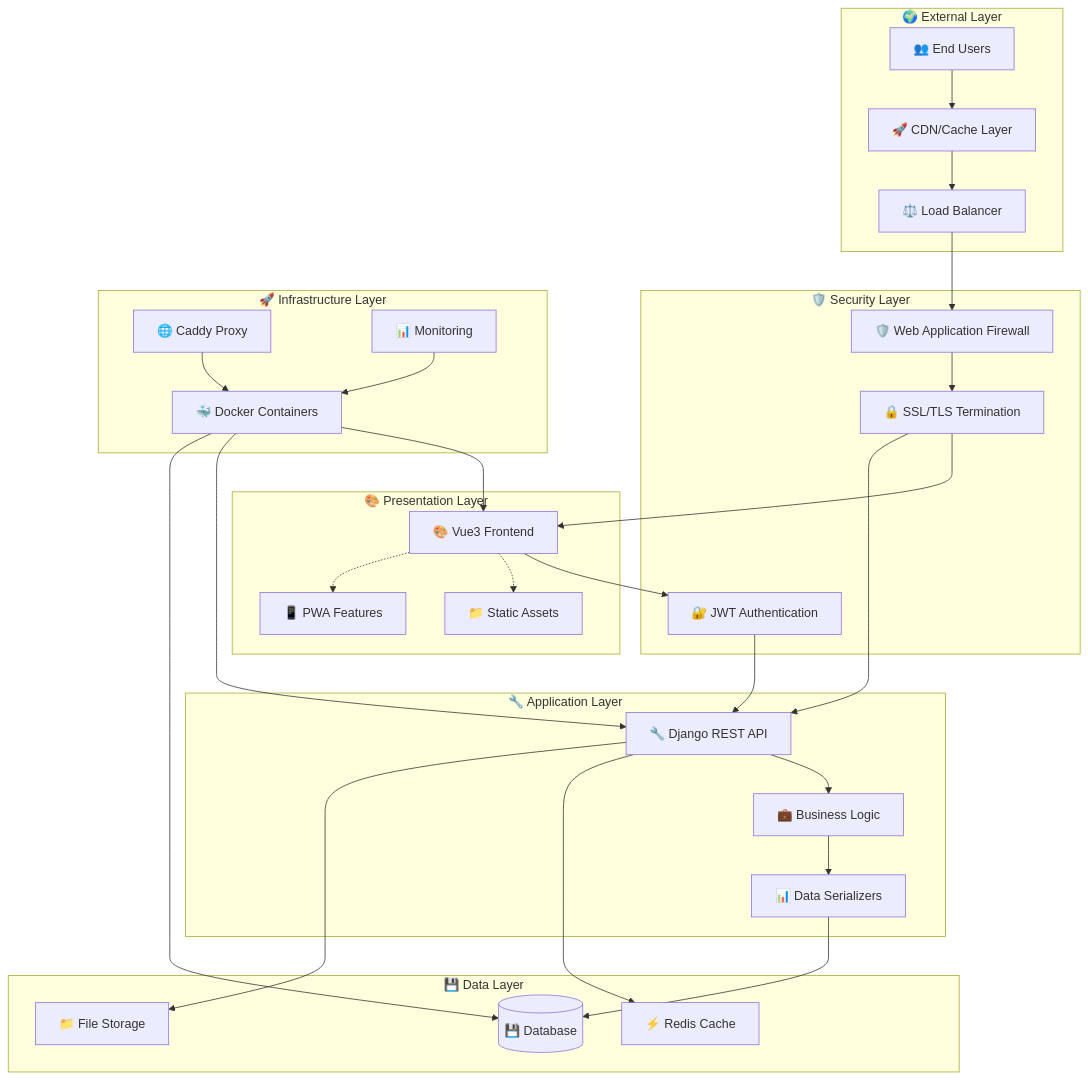
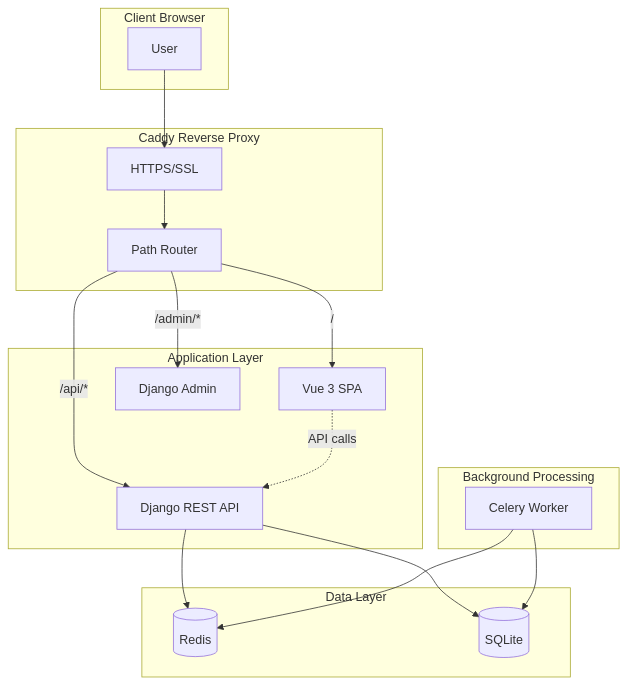
Before and after one commit to spaceCabbage/foolstack: the diagram in docs/README.md, drawn with Mermaid. The commit also changed other lines of this file and 4 other files, not shown here.

````diff
--- a/docs/README.md
+++ b/docs/README.md
@@ -118,62 +51,40 @@
 ```mermaid
 graph TB
-    subgraph "🌍 External Layer"
-        Users[👥 End Users]
-        CDN[🚀 CDN/Cache Layer]
-        LB[⚖️ Load Balancer]
+    subgraph "Client Browser"
+        User[User]
     end
-    
-    subgraph "🛡️ Security Layer"
-        WAF[🛡️ Web Application Firewall]
-        SSL[🔒 SSL/TLS Termination]
-        Auth[🔐 JWT Authentication]
+
+    subgraph "Caddy Reverse Proxy"
+        SSL[HTTPS/SSL]
+        Router[Path Router]
     end
-    
-    subgraph "🎨 Presentation Layer"
-        Vue[🎨 Vue3 Frontend]
-        Static[📁 Static Assets]
-        PWA[📱 PWA Features]
+
+    subgraph "Application Layer"
+        Vue[Vue 3 SPA]
+        Django[Django REST API]
+        Admin[Django Admin]
     end
-    
-    subgraph "🔧 Application Layer"
-        API[🔧 Django REST API]
-        BL[💼 Business Logic]
-        Serializers[📊 Data Serializers]
+
+    subgraph "Background Processing"
+        Celery[Celery Worker]
     end
-    
-    subgraph "💾 Data Layer"
-        DB[(💾 Database)]
-        Cache[⚡ Redis Cache]
-        Files[📁 File Storage]
+
+    subgraph "Data Layer"
+        Redis[(Redis)]
+        SQLite[(SQLite)]
     end
-    
-    subgraph "🚀 Infrastructure Layer"
-        Docker[🐳 Docker Containers]
-        Caddy[🌐 Caddy Proxy]
-        Monitor[📊 Monitoring]
-    end
-    
-    Users --> CDN
-    CDN --> LB
-    LB --> WAF
-    WAF --> SSL
-    SSL --> Vue
-    SSL --> API
-    
-    Vue --> Auth
-    Auth --> API
-    API --> BL
-    BL --> Serializers
-    Serializers --> DB
-    API --> Cache
-    API --> Files
-    
-    Vue -.-> Static
-    Vue -.-> PWA
-    
-    Docker --> Vue
-    Docker --> API
-    Docker --> DB
-    Caddy --> Docker
-    Monitor --> Docker
+
+    User --> SSL
+    SSL --> Router
+
+    Router -->|"/"| Vue
+    Router -->|"/api/*"| Django
+    Router -->|"/admin/*"| Admin
+
+    Django --> SQLite
+    Django --> Redis
+    Celery --> Redis
+    Celery --> SQLite
+
+    Vue -.->|"API calls"| Django
 ```
````
